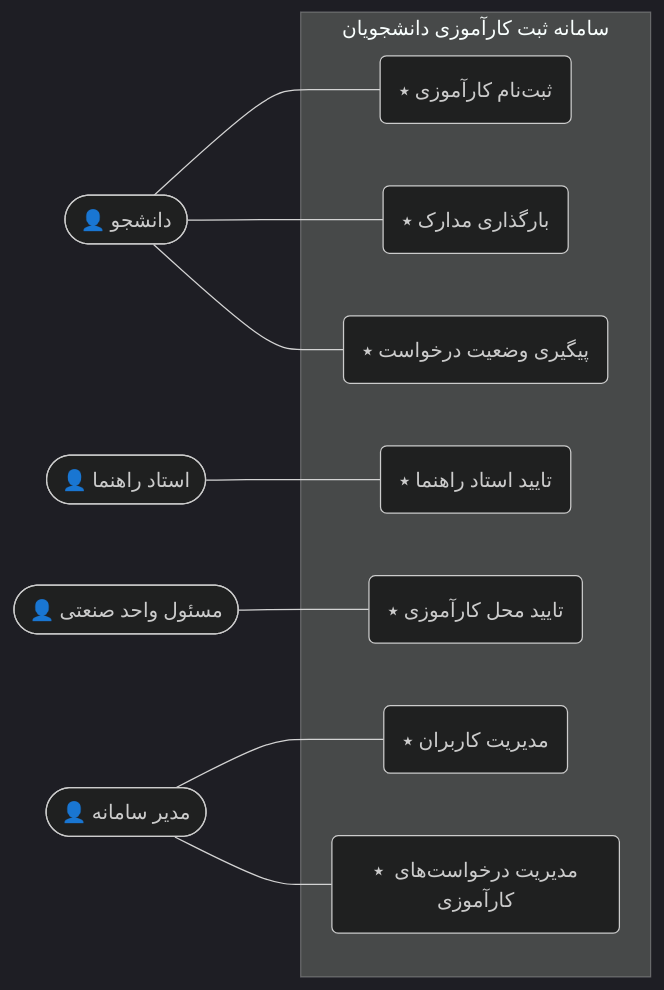
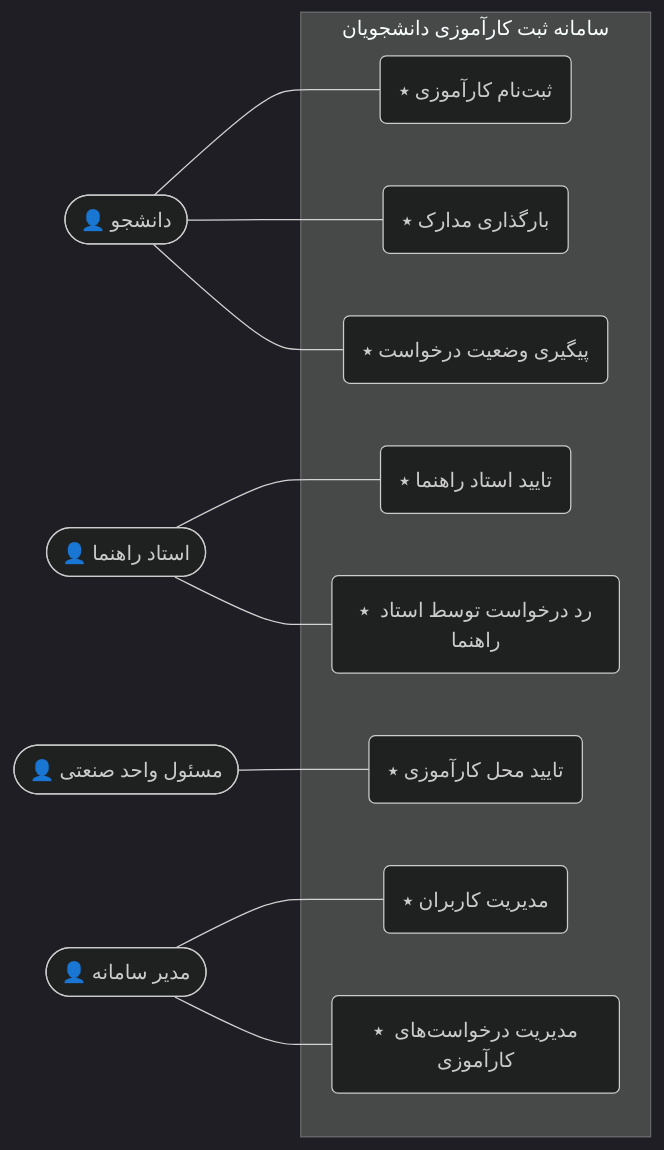
One commit to fatemeh8201m/StudentInternshipRegistrationSystem changed the diagram in docs/Usecase_diagram.mmd. Above: the diagram before and after it, drawn with Mermaid (dark theme).

```diff
--- a/docs/Usecase_diagram.mmd
+++ b/docs/Usecase_diagram.mmd
@@ -1,34 +1,35 @@
 flowchart LR
 
 %% ================= Actors =================
 student(["👤 دانشجو"])
 advisor(["👤 استاد راهنما"])
 industry(["👤 مسئول واحد صنعتی"])
 admin(["👤 مدیر سامانه"])
 
 %% ============== System Boundary ==============
 subgraph System["سامانه ثبت کارآموزی دانشجویان"]
     UC_Register("⭑ ثبت‌نام کارآموزی")
     UC_UploadDocs("⭑ بارگذاری مدارک")
     UC_TrackStatus("⭑ پیگیری وضعیت درخواست")
     UC_AdvisorApprove("⭑ تایید استاد راهنما")
+    UC_AdvisorReject("⭑ رد درخواست توسط استاد راهنما")
     UC_IndustryApprove("⭑ تایید محل کارآموزی")
     UC_AdminManageUsers("⭑ مدیریت کاربران")
     UC_AdminManageInterns("⭑ مدیریت درخواست‌های کارآموزی")
 end
 
 %% =============== Associations ===============
 student --- UC_Register
 student --- UC_UploadDocs
 student --- UC_TrackStatus
 
 advisor --- UC_AdvisorApprove
+advisor --- UC_AdvisorReject
+
 industry --- UC_IndustryApprove
 
 admin --- UC_AdminManageUsers
 admin --- UC_AdminManageInterns
 
-
-
-    class K company;
-    class M teacher
+class K company;
+class M teacher
```
